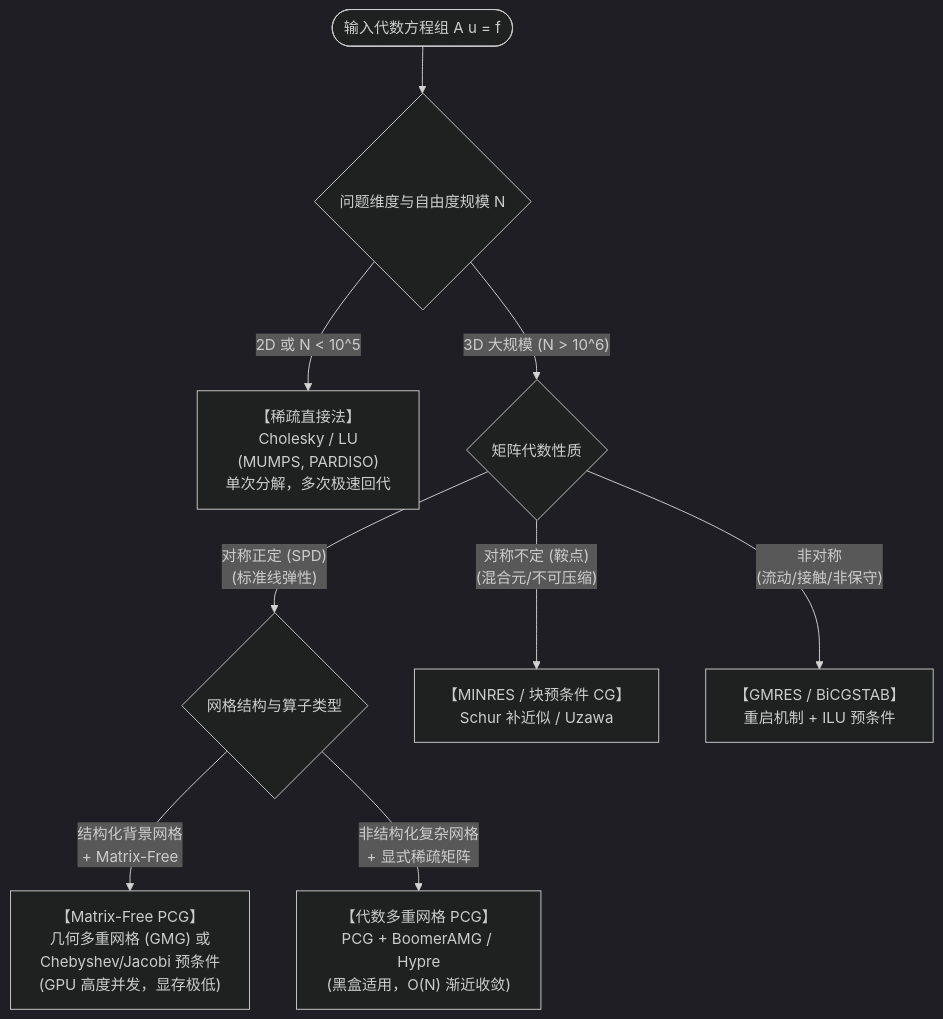
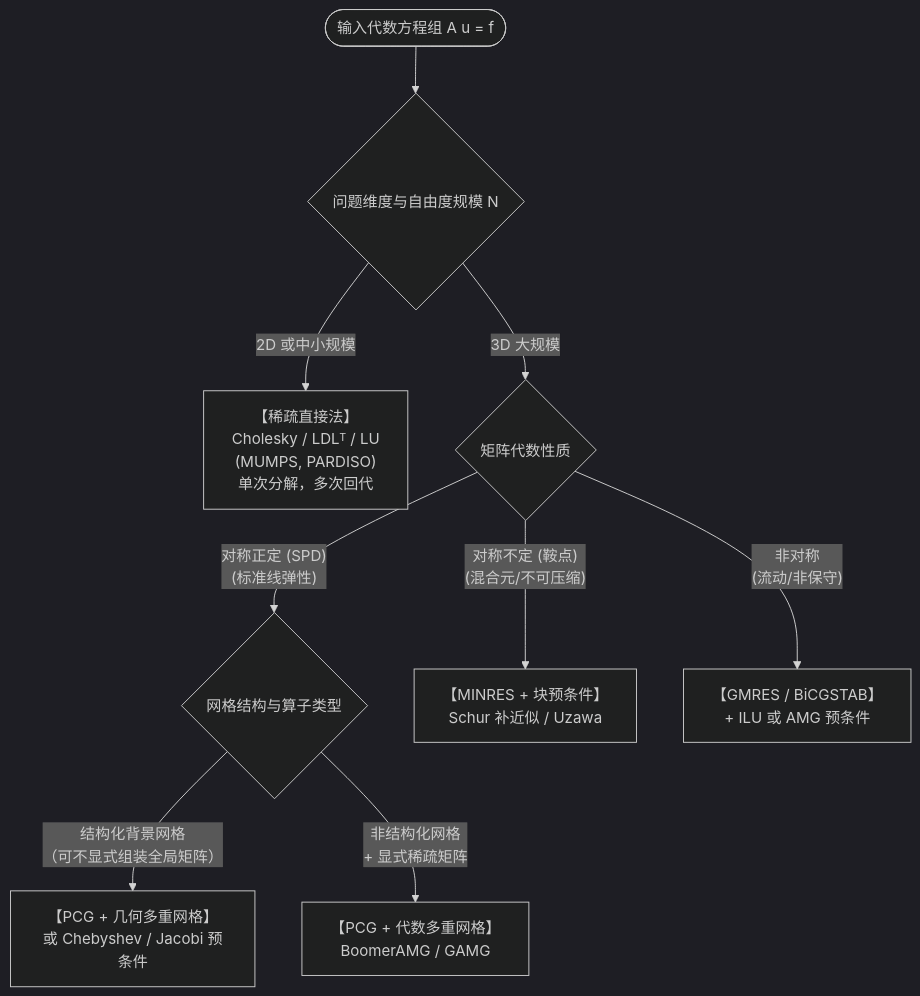
The diagram in concepts/linear-solvers/linear-solvers-architecture.md (brighthe/dut-postdoc), drawn with Mermaid (dark theme) before and after one commit. The commit also changed other lines of this file and 13 other files, not shown here.

````diff
--- a/concepts/linear-solvers/linear-solvers-architecture.md
+++ b/concepts/linear-solvers/linear-solvers-architecture.md
@@ -127,15 +73,15 @@
 ```mermaid
 flowchart TD
     Start(["输入代数方程组 A u = f"]) --> Q_Dim{"问题维度与自由度规模 N"}
-    
-    Q_Dim -->|"2D 或 N < 10^5"| Direct["【稀疏直接法】<br>Cholesky / LU<br>(MUMPS, PARDISO)<br>单次分解，多次极速回代"]
-    
-    Q_Dim -->|"3D 大规模 (N > 10^6)"| Q_Sym{"矩阵代数性质"}
-    
+
+    Q_Dim -->|"2D 或中小规模"| Direct["【稀疏直接法】<br>Cholesky / LDLᵀ / LU<br>(MUMPS, PARDISO)<br>单次分解，多次回代"]
+
+    Q_Dim -->|"3D 大规模"| Q_Sym{"矩阵代数性质"}
+
     Q_Sym -->|"对称正定 (SPD)<br>(标准线弹性)"| Q_Mesh{"网格结构与算子类型"}
-    Q_Sym -->|"对称不定 (鞍点)<br>(混合元/不可压缩)"| Solv_Indef["【MINRES / 块预条件 CG】<br>Schur 补近似 / Uzawa"]
-    Q_Sym -->|"非对称<br>(流动/接触/非保守)"| Solv_Nonsym["【GMRES / BiCGSTAB】<br>重启机制 + ILU 预条件"]
-    
-    Q_Mesh -->|"结构化背景网格<br>+ Matrix-Free"| Solv_MF["【Matrix-Free PCG】<br>几何多重网格 (GMG) 或<br>Chebyshev/Jacobi 预条件<br>(GPU 高度并发，显存极低)"]
-    Q_Mesh -->|"非结构化复杂网格<br>+ 显式稀疏矩阵"| Solv_AMG["【代数多重网格 PCG】<br>PCG + BoomerAMG / Hypre<br>(黑盒适用，O(N) 渐近收敛)"]
+    Q_Sym -->|"对称不定 (鞍点)<br>(混合元/不可压缩)"| Solv_Indef["【MINRES + 块预条件】<br>Schur 补近似 / Uzawa"]
+    Q_Sym -->|"非对称<br>(流动/非保守)"| Solv_Nonsym["【GMRES / BiCGSTAB】<br>+ ILU 或 AMG 预条件"]
+
+    Q_Mesh -->|"结构化背景网格<br>（可不显式组装全局矩阵）"| Solv_MF["【PCG + 几何多重网格】<br>或 Chebyshev / Jacobi 预条件"]
+    Q_Mesh -->|"非结构化网格<br>+ 显式稀疏矩阵"| Solv_AMG["【PCG + 代数多重网格】<br>BoomerAMG / GAMG"]
 ```
````
